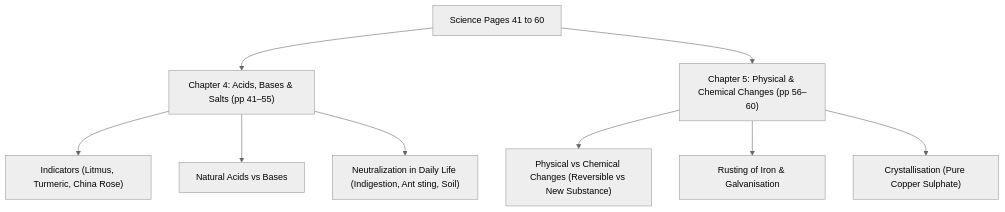
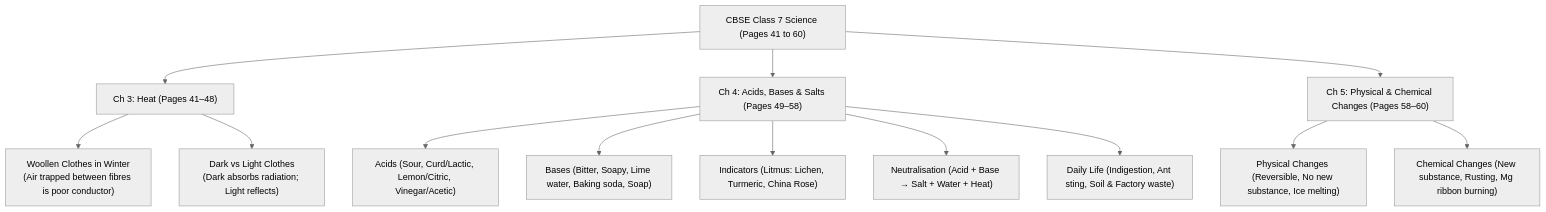
One commit to hiraksoni/pushti-study-hub changed the diagram in source_materials/Pushti Magic Memory/Day 04 29102026/Pushti_Day04_Master_Workbook.md. Above: the diagram before and after it, drawn with Mermaid (neutral theme). The commit also changed other lines of this file and 17 other files, not shown here.

````diff
--- a/source_materials/Pushti Magic Memory/Day 04 29102026/Pushti_Day04_Master_Workbook.md
+++ b/source_materials/Pushti Magic Memory/Day 04 29102026/Pushti_Day04_Master_Workbook.md
@@ -168,13 +96,18 @@
 ```mermaid
 flowchart TD
-    SC["Science Pages 41 to 60"] --> C4["Chapter 4: Acids, Bases & Salts (pp 41–55)"]
-    SC --> C5["Chapter 5: Physical & Chemical Changes (pp 56–60)"]
+    S["CBSE Class 7 Science (Pages 41 to 60)"] --> CH3["Ch 3: Heat (Pages 41–48)"]
+    S --> CH4["Ch 4: Acids, Bases & Salts (Pages 49–58)"]
+    S --> CH5["Ch 5: Physical & Chemical Changes (Pages 58–60)"]
 
-    C4 --> C4A["Indicators (Litmus, Turmeric, China Rose)"]
-    C4 --> C4B["Natural Acids vs Bases"]
-    C4 --> C4C["Neutralization in Daily Life (Indigestion, Ant sting, Soil)"]
+    CH3 --> CH3_1["Woollen Clothes in Winter<br>(Air trapped between fibres is poor conductor)"]
+    CH3 --> CH3_2["Dark vs Light Clothes<br>(Dark absorbs radiation; Light reflects)"]
 
-    C5 --> C5A["Physical vs Chemical Changes (Reversible vs New Substance)"]
-    C5 --> C5B["Rusting of Iron & Galvanisation"]
-    C5 --> C5C["Crystallisation (Pure Copper Sulphate)"]
+    CH4 --> CH4_1["Acids (Sour, Curd/Lactic, Lemon/Citric, Vinegar/Acetic)"]
+    CH4 --> CH4_2["Bases (Bitter, Soapy, Lime water, Baking soda, Soap)"]
+    CH4 --> CH4_3["Indicators (Litmus: Lichen, Turmeric, China Rose)"]
+    CH4 --> CH4_4["Neutralisation (Acid + Base → Salt + Water + Heat)"]
+    CH4 --> CH4_5["Daily Life (Indigestion, Ant sting, Soil & Factory waste)"]
+
+    CH5 --> CH5_1["Physical Changes (Reversible, No new substance, Ice melting)"]
+    CH5 --> CH5_2["Chemical Changes (New substance, Rusting, Mg ribbon burning)"]
 ```
````
